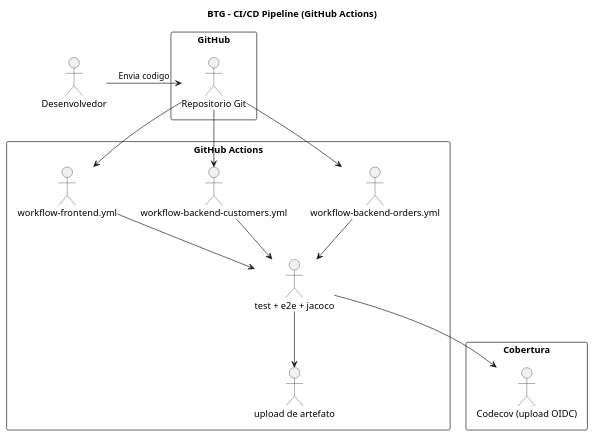
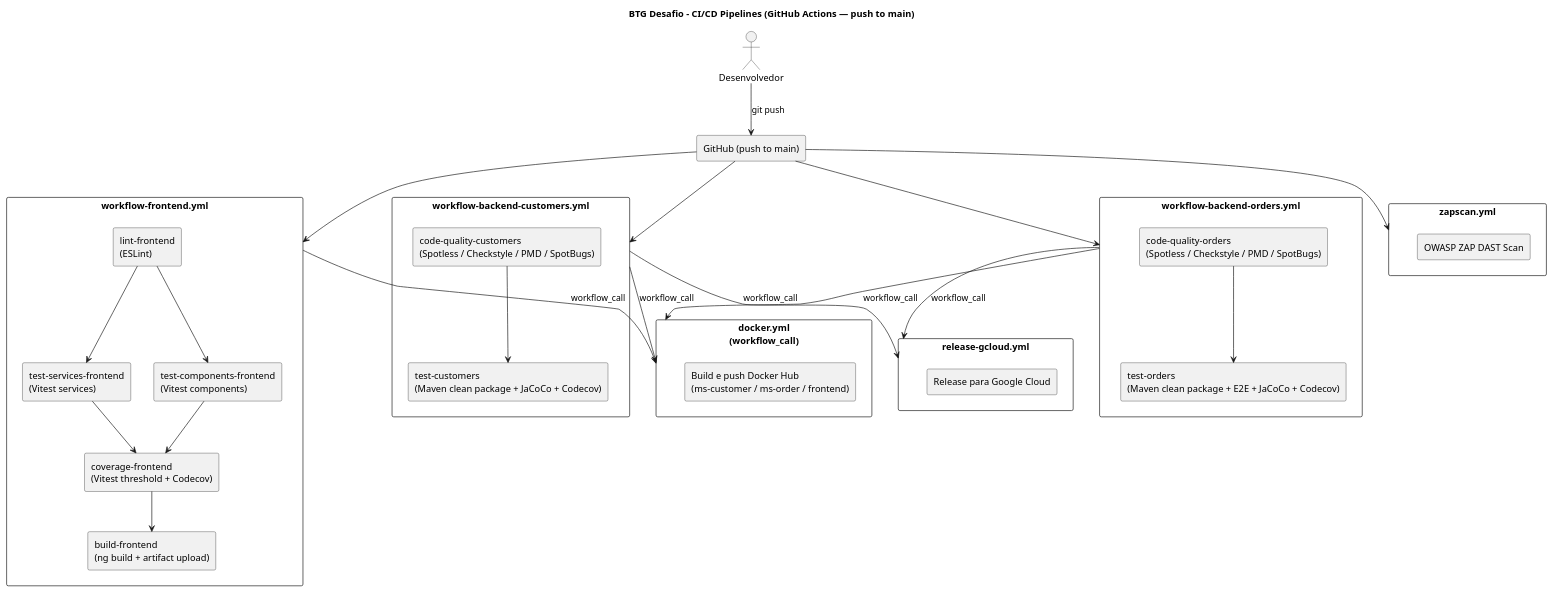
One commit to leoalmeida/desafioBTG changed the diagram in docs/architecture/cicd-diagram.puml. Above: the diagram before and after it, drawn with PlantUML. The commit also changed 12 other files, not shown here.

```diff
--- a/docs/architecture/cicd-diagram.puml
+++ b/docs/architecture/cicd-diagram.puml
@@ -1,38 +1,62 @@
 @startuml cicd_diagram
 
-title BTG - CI/CD Pipeline (GitHub Actions)
+title BTG Desafio - CI/CD Pipelines (GitHub Actions — push to main)
 
 actor Desenvolvedor
 
-rectangle GitHub {
+rectangle "GitHub (push to main)" as repo
 
-    Desenvolvedor -> "Repositorio Git" : Envia codigo
-
+rectangle "workflow-frontend.yml" as wf_front {
+    rectangle "lint-frontend\n(ESLint)" as lint_f
+    rectangle "test-services-frontend\n(Vitest services)" as test_svc_f
+    rectangle "test-components-frontend\n(Vitest components)" as test_comp_f
+    rectangle "coverage-frontend\n(Vitest threshold + Codecov)" as cov_f
+    rectangle "build-frontend\n(ng build + artifact upload)" as build_f
 }
 
-rectangle "GitHub Actions" {
-
-    "workflow-frontend.yml" as wf_front
-    "workflow-backend-customers.yml" as wf_customer
-    "workflow-backend-orders.yml" as wf_order
-    "test + e2e + jacoco" as quality_gate
-    "upload de artefato" as artifact
-
+rectangle "workflow-backend-customers.yml" as wf_customer {
+    rectangle "code-quality-customers\n(Spotless / Checkstyle / PMD / SpotBugs)" as quality_c
+    rectangle "test-customers\n(Maven clean package + JaCoCo + Codecov)" as test_c
 }
 
-rectangle "Cobertura" {
-    "Codecov (upload OIDC)" as codecov
+rectangle "workflow-backend-orders.yml" as wf_order {
+    rectangle "code-quality-orders\n(Spotless / Checkstyle / PMD / SpotBugs)" as quality_o
+    rectangle "test-orders\n(Maven clean package + E2E + JaCoCo + Codecov)" as test_o
 }
 
-"Repositorio Git" --> wf_front
-"Repositorio Git" --> wf_customer
-"Repositorio Git" --> wf_order
+rectangle "docker.yml\n(workflow_call)" as docker_wf {
+    rectangle "Build e push Docker Hub\n(ms-customer / ms-order / frontend)" as docker_push
+}
 
-wf_front --> quality_gate
-wf_customer --> quality_gate
-wf_order --> quality_gate
+rectangle "zapscan.yml" as zap_wf {
+    rectangle "OWASP ZAP DAST Scan" as zap_scan
+}
 
-quality_gate --> artifact
-quality_gate --> codecov
+rectangle "release-gcloud.yml" as release_wf {
+    rectangle "Release para Google Cloud" as gcloud_release
+}
+
+Desenvolvedor --> repo : git push
+
+repo --> wf_front
+repo --> wf_customer
+repo --> wf_order
+repo --> zap_wf
+
+lint_f --> test_svc_f
+lint_f --> test_comp_f
+test_svc_f --> cov_f
+test_comp_f --> cov_f
+cov_f --> build_f
+
+quality_c --> test_c
+quality_o --> test_o
+
+wf_front --> docker_wf : workflow_call
+wf_customer --> docker_wf : workflow_call
+wf_order --> docker_wf : workflow_call
+
+wf_customer --> release_wf : workflow_call
+wf_order --> release_wf : workflow_call
 
 @enduml
```
